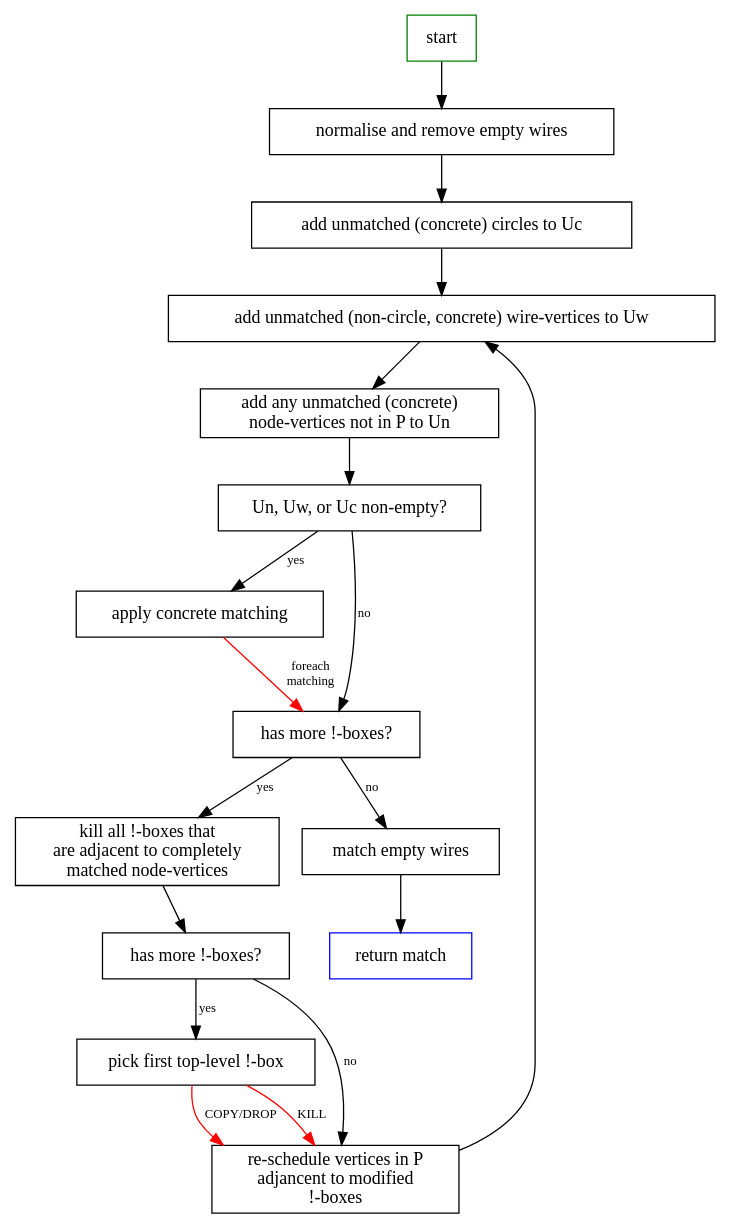
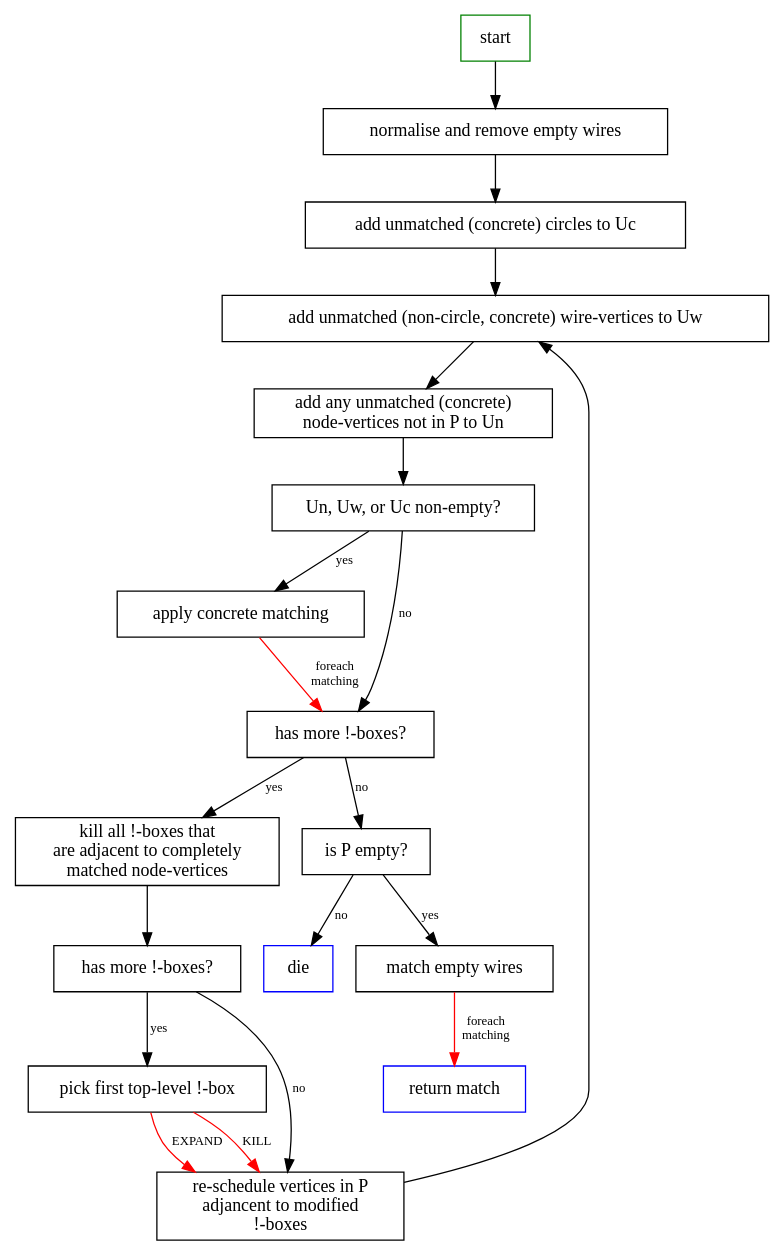
The diagram in docs/matching_algo/pattern_part.dot (zxcalc/quantomatic), drawn with Graphviz before and after one commit. The commit also changed 2 other files, not shown here.

```diff
--- a/docs/matching_algo/pattern_part.dot
+++ b/docs/matching_algo/pattern_part.dot
@@ -1,33 +1,37 @@
 digraph {
     node [shape=box]
     edge [fontsize=10]
     
     start [color=green]
     normalise [label="normalise and remove empty wires"]
     addcircles [label="add unmatched (concrete) circles to Uc"]
     addwires [label="add unmatched (non-circle, concrete) wire-vertices to Uw"]
     addnodes [label="add any unmatched (concrete)\nnode-vertices not in P to Un"]
     unmatched [label="Un, Uw, or Uc non-empty?"]
     match [label="apply concrete matching"]
     morebang [label="has more !-boxes?"]
     morebang1 [label="has more !-boxes?"]
     pickbang [label="pick first top-level !-box"]
     schedule [label="re-schedule vertices in P\nadjancent to modified\n!-boxes"]
     killcomplete [label="kill all !-boxes that\nare adjacent to completely\nmatched node-vertices"]
+    nopartial [label="is P empty?"]
+    die [label=die,color=blue]
     emptywires [label="match empty wires"]
     done [label="return match",color=blue]
     
     start -> normalise -> addcircles -> addwires -> addnodes -> unmatched
     unmatched -> match [label=yes]
     unmatched -> morebang [label=no]
     match -> morebang [label="foreach\nmatching",color=red]
     morebang -> killcomplete [label=yes]
     killcomplete -> morebang1
     morebang1 -> pickbang [label=yes]
     morebang1 -> schedule [label=no]
-    pickbang -> schedule [label="COPY/DROP",color=red]
+    pickbang -> schedule [label="EXPAND",color=red]
     pickbang -> schedule [label="KILL",color=red]
     schedule -> addwires
-    morebang -> emptywires [label=no]
-    emptywires -> done
+    morebang -> nopartial [label=no]
+    nopartial -> emptywires [label=yes]
+    nopartial -> die [label=no]
+    emptywires -> done [label="foreach\nmatching",color=red]
 }
```
